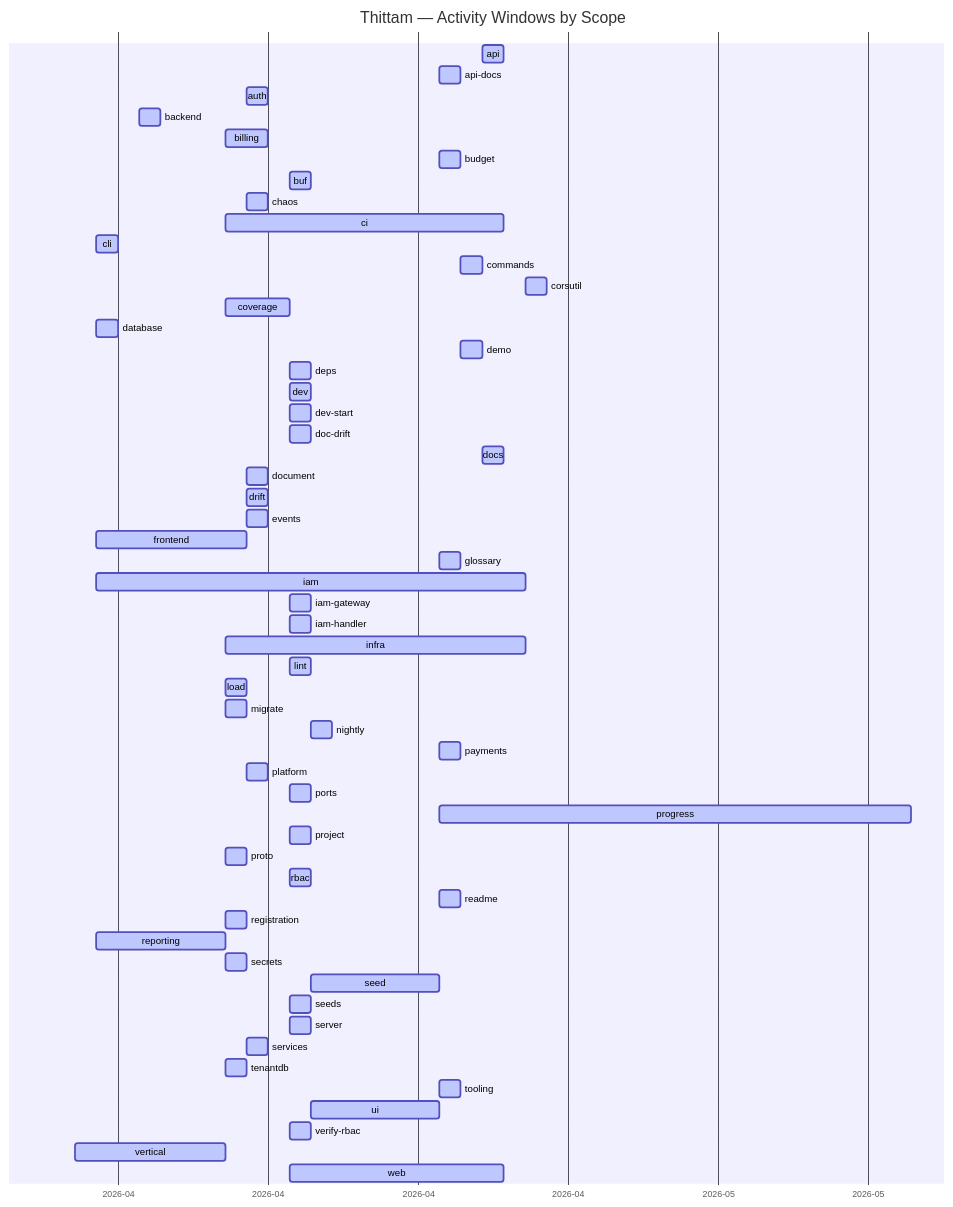
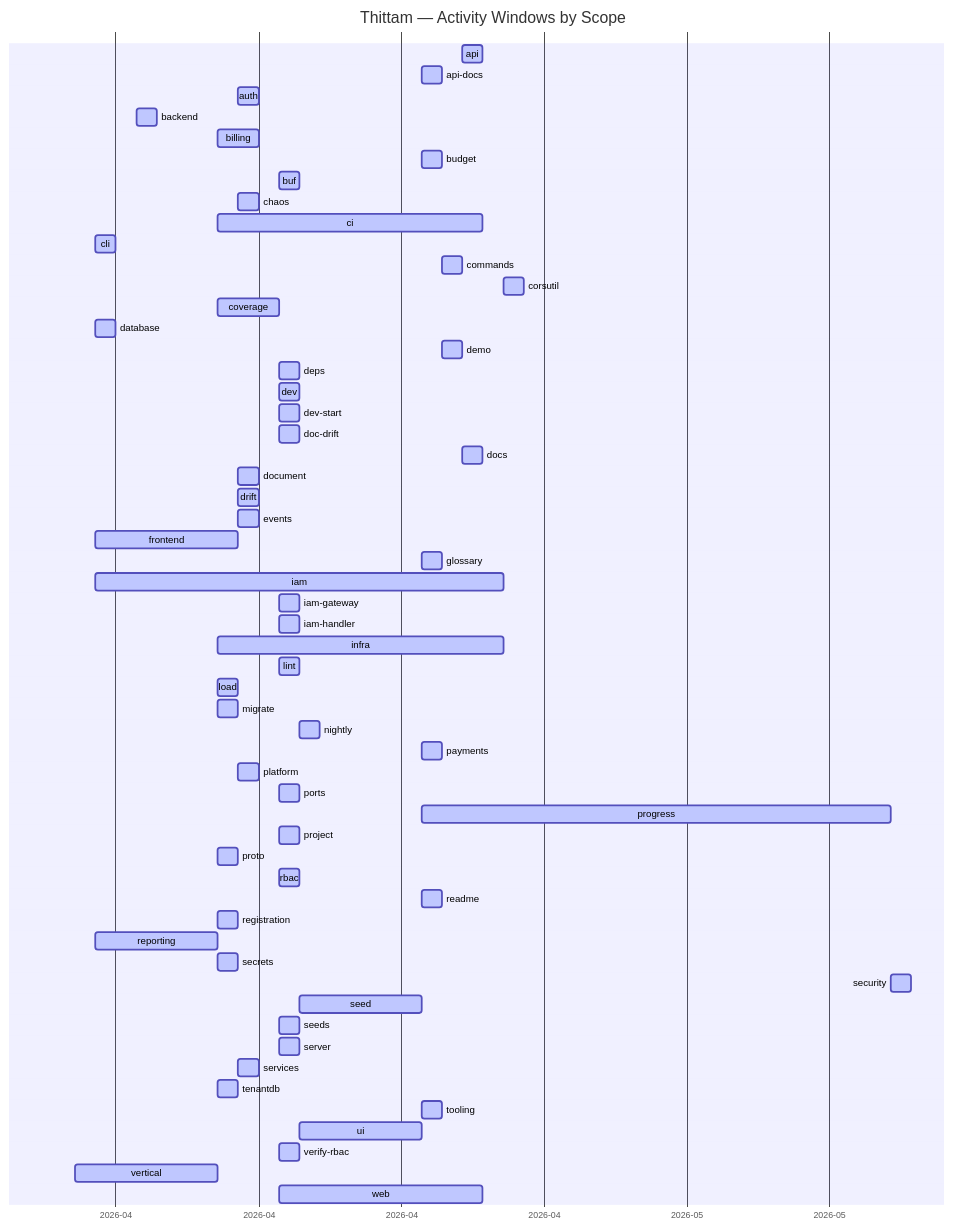
Before and after one commit to wegofwd2020-hub/thittam: the diagram in docs/PROGRESS.md, drawn with Mermaid. The commit also changed other lines of this file and 2 other files, not shown here.

Commit message:
chore(progress): nightly update of docs/PROGRESS.md + CSVs

````diff
--- a/docs/PROGRESS.md
+++ b/docs/PROGRESS.md
@@ -9,60 +9,61 @@
 ```mermaid
 gantt
     title Thittam — Activity Windows by Scope
     dateFormat YYYY-MM-DD
     axisFormat %Y-%m
     api                :active, s_api, 2026-04-22, 2026-04-23
     api-docs           :active, s_api_docs, 2026-04-20, 2026-04-21
     auth               :active, s_auth, 2026-04-11, 2026-04-12
     backend            :active, s_backend, 2026-04-06, 2026-04-07
     billing            :active, s_billing, 2026-04-10, 2026-04-12
     budget             :active, s_budget, 2026-04-20, 2026-04-21
     buf                :active, s_buf, 2026-04-13, 2026-04-14
     chaos              :active, s_chaos, 2026-04-11, 2026-04-12
     ci                 :active, s_ci, 2026-04-10, 2026-04-23
     cli                :active, s_cli, 2026-04-04, 2026-04-05
     commands           :active, s_commands, 2026-04-21, 2026-04-22
     corsutil           :active, s_corsutil, 2026-04-24, 2026-04-25
     coverage           :active, s_coverage, 2026-04-10, 2026-04-13
     database           :active, s_database, 2026-04-04, 2026-04-05
     demo               :active, s_demo, 2026-04-21, 2026-04-22
     deps               :active, s_deps, 2026-04-13, 2026-04-14
     dev                :active, s_dev, 2026-04-13, 2026-04-14
     dev-start          :active, s_dev_start, 2026-04-13, 2026-04-14
     doc-drift          :active, s_doc_drift, 2026-04-13, 2026-04-14
     docs               :active, s_docs, 2026-04-22, 2026-04-23
     document           :active, s_document, 2026-04-11, 2026-04-12
     drift              :active, s_drift, 2026-04-11, 2026-04-12
     events             :active, s_events, 2026-04-11, 2026-04-12
     frontend           :active, s_frontend, 2026-04-04, 2026-04-11
     glossary           :active, s_glossary, 2026-04-20, 2026-04-21
     iam                :active, s_iam, 2026-04-04, 2026-04-24
     iam-gateway        :active, s_iam_gateway, 2026-04-13, 2026-04-14
     iam-handler        :active, s_iam_handler, 2026-04-13, 2026-04-14
     infra              :active, s_infra, 2026-04-10, 2026-04-24
     lint               :active, s_lint, 2026-04-13, 2026-04-14
     load               :active, s_load, 2026-04-10, 2026-04-11
     migrate            :active, s_migrate, 2026-04-10, 2026-04-11
     nightly            :active, s_nightly, 2026-04-14, 2026-04-15
     payments           :active, s_payments, 2026-04-20, 2026-04-21
     platform           :active, s_platform, 2026-04-11, 2026-04-12
     ports              :active, s_ports, 2026-04-13, 2026-04-14
-    progress           :active, s_progress, 2026-04-20, 2026-05-12
+    progress           :active, s_progress, 2026-04-20, 2026-05-13
     project            :active, s_project, 2026-04-13, 2026-04-14
     proto              :active, s_proto, 2026-04-10, 2026-04-11
     rbac               :active, s_rbac, 2026-04-13, 2026-04-14
     readme             :active, s_readme, 2026-04-20, 2026-04-21
     registration       :active, s_registration, 2026-04-10, 2026-04-11
     reporting          :active, s_reporting, 2026-04-04, 2026-04-10
     secrets            :active, s_secrets, 2026-04-10, 2026-04-11
+    security           :active, s_security, 2026-05-13, 2026-05-14
     seed               :active, s_seed, 2026-04-14, 2026-04-20
     seeds              :active, s_seeds, 2026-04-13, 2026-04-14
     server             :active, s_server, 2026-04-13, 2026-04-14
     services           :active, s_services, 2026-04-11, 2026-04-12
     tenantdb           :active, s_tenantdb, 2026-04-10, 2026-04-11
     tooling            :active, s_tooling, 2026-04-20, 2026-04-21
     ui                 :active, s_ui, 2026-04-14, 2026-04-20
     verify-rbac        :active, s_verify_rbac, 2026-04-13, 2026-04-14
     vertical           :active, s_vertical, 2026-04-03, 2026-04-10
     web                :active, s_web, 2026-04-13, 2026-04-23
 ```
````
